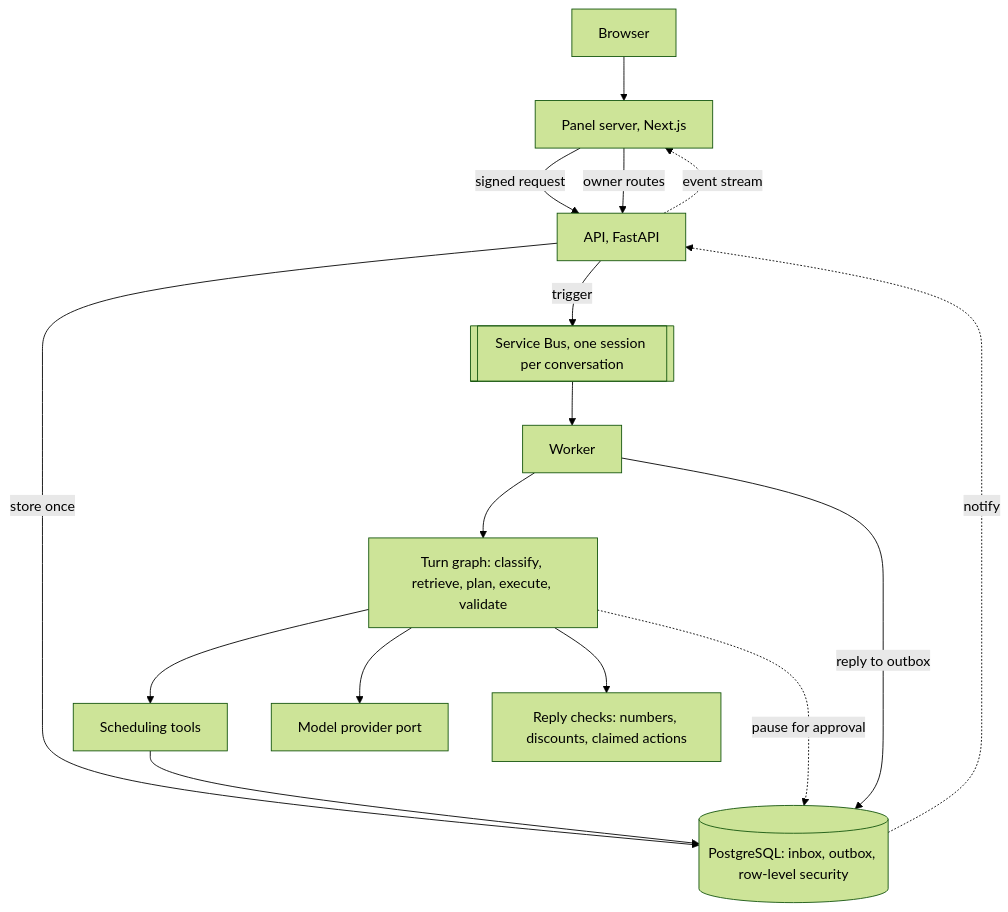
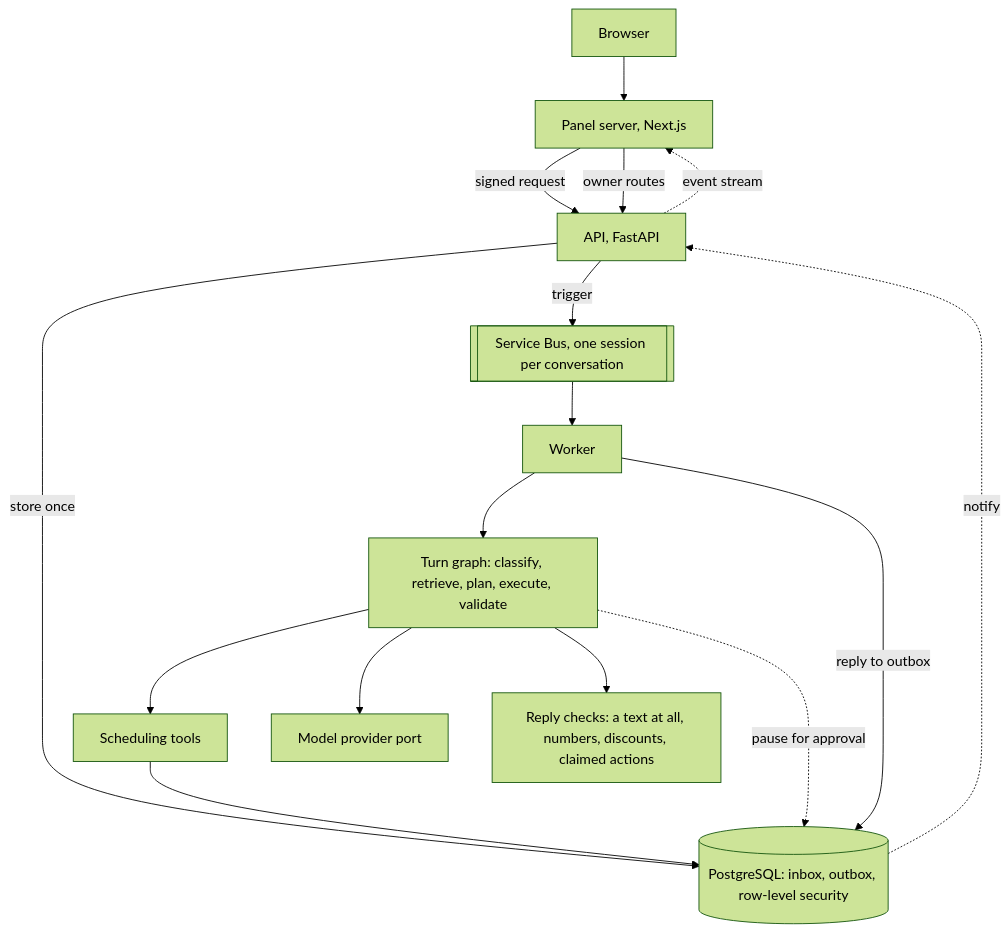
One commit to dev-isaacmello/frontdesk changed the diagram in README.md. Above: the diagram before and after it, drawn with Mermaid (forest theme). The commit also changed other lines of this file and 1 other file, not shown here.

````diff
--- a/README.md
+++ b/README.md
@@ -47,18 +49,18 @@
 ```mermaid
 flowchart TD
     browser[Browser] --> panel[Panel server, Next.js]
     panel -- signed request --> api[API, FastAPI]
     api -- store once --> pg[(PostgreSQL: inbox, outbox, row-level security)]
     api -- trigger --> queue[[Service Bus, one session per conversation]]
     queue --> worker[Worker]
     worker --> turn[Turn graph: classify, retrieve, plan, execute, validate]
     turn --> tools[Scheduling tools]
     turn --> model[Model provider port]
     tools --> pg
     worker -- reply to outbox --> pg
-    turn --> checks[Reply checks: numbers, discounts, claimed actions]
+    turn --> checks[Reply checks: a text at all, numbers, discounts, claimed actions]
     turn -. pause for approval .-> pg
     pg -. notify .-> api
     api -. event stream .-> panel
     panel -- owner routes --> api
 ```
````
